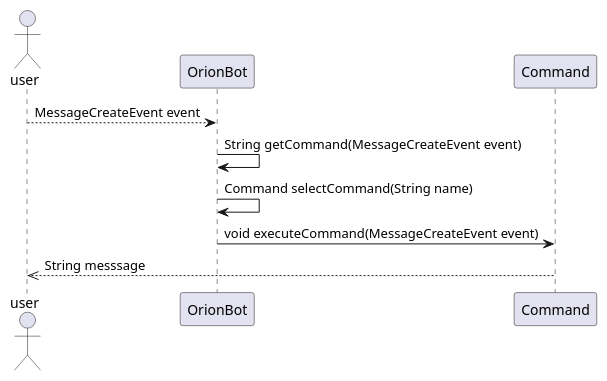
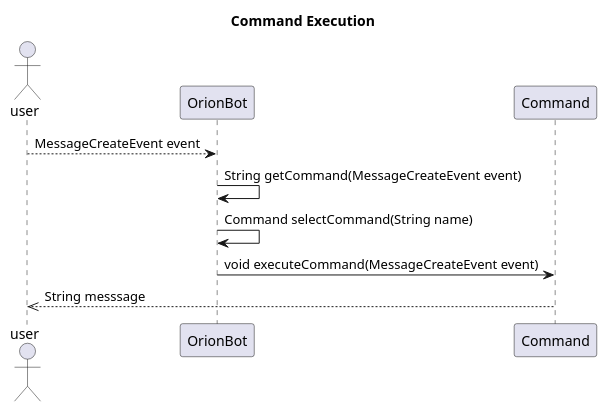
Before and after one commit to oibaf-ifrs/bot: the diagram in docs/uml/sequence.puml, drawn with PlantUML. The commit also changed 16 other files, not shown here.

```diff
--- a/docs/uml/sequence.puml
+++ b/docs/uml/sequence.puml
@@ -1,13 +1,13 @@
 @startuml
+title Command Execution
 
 actor user as user
 participant OrionBot as bot
 participant Command as command
 
 user-->bot: MessageCreateEvent event
 bot->bot: String getCommand(MessageCreateEvent event)
 bot->bot: Command selectCommand(String name)
 bot->command: void executeCommand(MessageCreateEvent event)
 command-->>user: String messsage
-
 @enduml
```
